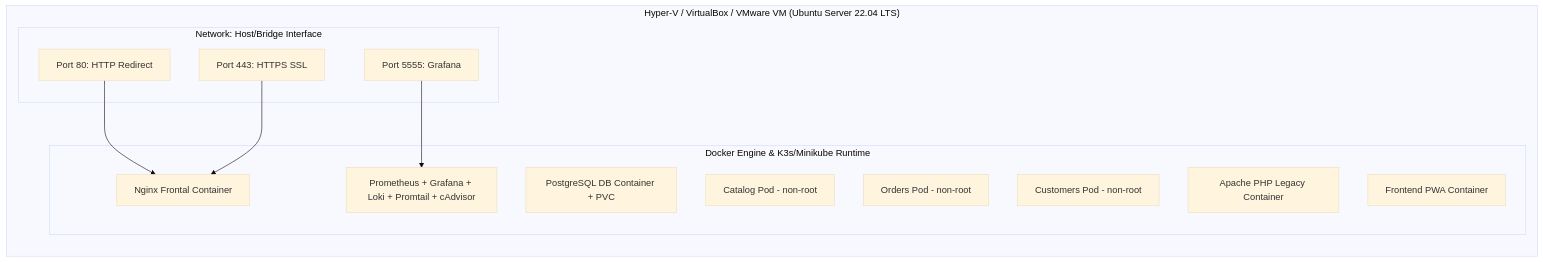
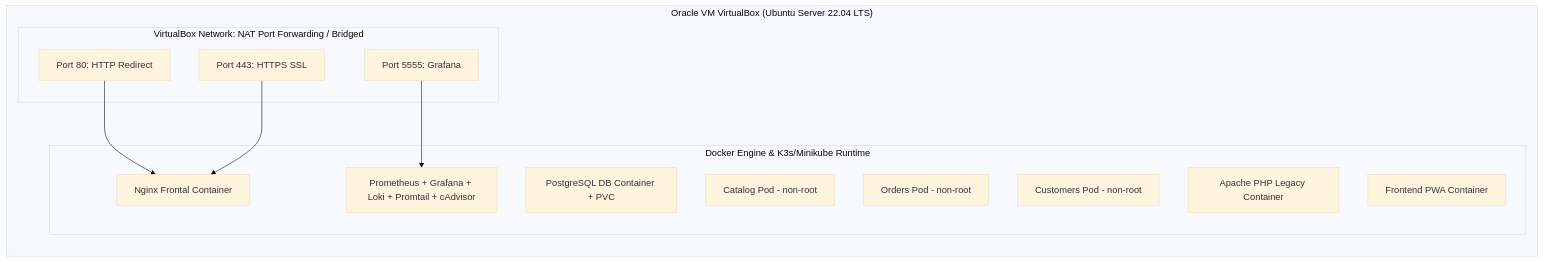
Before and after one commit to NEFASTICzzz/Cafe-Boreal: the second of 2 diagrams in docs/ARCHITECTURE.md, drawn with Mermaid (base theme). The commit also changed other lines of this file and 2 other files, not shown here.

Commit message:
docs(delivery): Seccion 6 - Runbook, architecture diagrams, SLA, PWA admin panel & bitacora

````diff
--- a/docs/ARCHITECTURE.md
+++ b/docs/ARCHITECTURE.md
@@ -42,25 +42,25 @@
 ```mermaid
 graph LR
-    subgraph "Hyper-V / VirtualBox / VMware VM (Ubuntu Server 22.04 LTS)"
-        subgraph "Network: Host/Bridge Interface"
+    subgraph "Oracle VM VirtualBox (Ubuntu Server 22.04 LTS)"
+        subgraph "VirtualBox Network: NAT Port Forwarding / Bridged"
             Port80[Port 80: HTTP Redirect]
             Port443[Port 443: HTTPS SSL]
             Port5555[Port 5555: Grafana]
         end
 
         subgraph "Docker Engine & K3s/Minikube Runtime"
             NginxContainer[Nginx Frontal Container]
             PostgresContainer[PostgreSQL DB Container + PVC]
             CatalogContainer[Catalog Pod - non-root]
             OrdersContainer[Orders Pod - non-root]
             CustomersContainer[Customers Pod - non-root]
             LegacyContainer[Apache PHP Legacy Container]
             FrontendContainer[Frontend PWA Container]
             ObsStack[Prometheus + Grafana + Loki + Promtail + cAdvisor]
         end
     end
 
     Port80 --> NginxContainer
     Port443 --> NginxContainer
     Port5555 --> ObsStack
 ```
````
